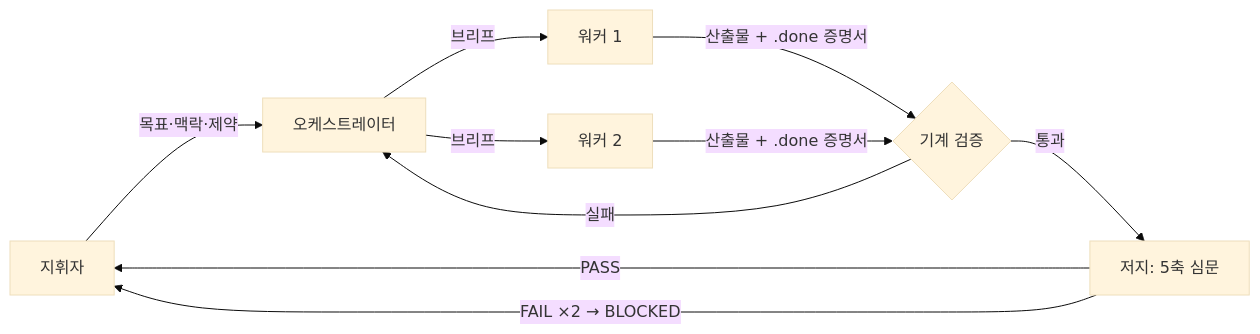
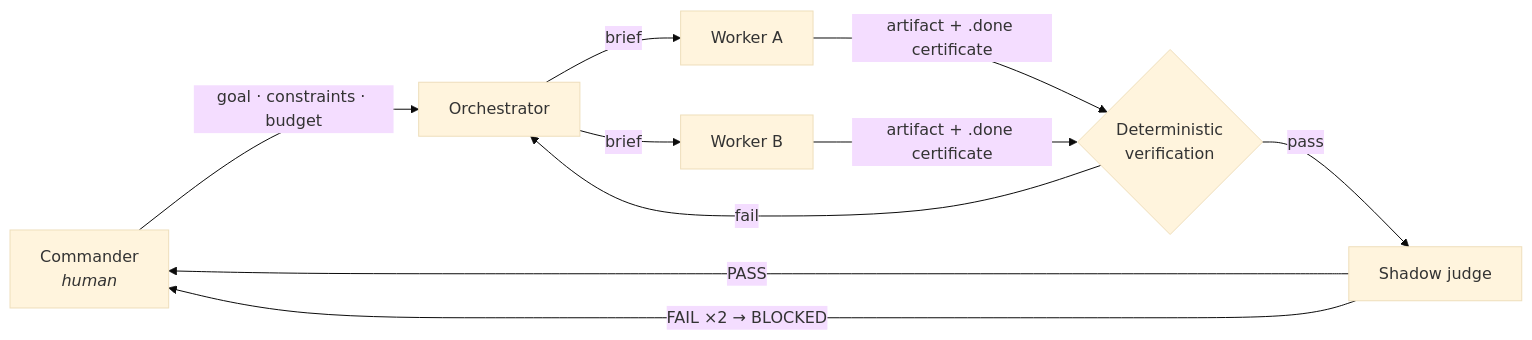
One commit to KimSehyun9797/darth-harness changed the diagram in README.md. Above: the diagram before and after it, drawn with Mermaid (base theme). The commit also changed other lines of this file and 1 other file, not shown here.

````diff
--- a/README.md
+++ b/README.md
@@ -35,12 +31,12 @@
 ```mermaid
 flowchart LR
-    C[지휘자] -->|목표·맥락·제약| O[오케스트레이터]
-    O -->|브리프| W1[워커 1]
-    O -->|브리프| W2[워커 2]
-    W1 -->|산출물 + .done 증명서| V{기계 검증}
-    W2 -->|산출물 + .done 증명서| V
-    V -->|통과| J[저지: 5축 심문]
-    V -->|실패| O
+    C[Commander<br/><i>human</i>] -->|goal · constraints · budget| O[Orchestrator]
+    O -->|brief| W1[Worker A]
+    O -->|brief| W2[Worker B]
+    W1 -->|artifact + .done certificate| V{Deterministic<br/>verification}
+    W2 -->|artifact + .done certificate| V
+    V -->|pass| J[Shadow judge]
+    V -->|fail| O
     J -->|PASS| C
     J -->|FAIL ×2 → BLOCKED| C
 ```
````
